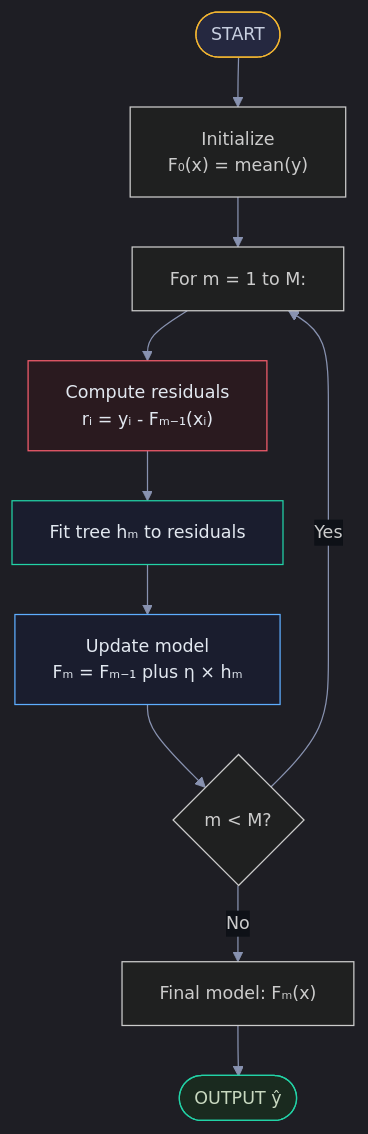
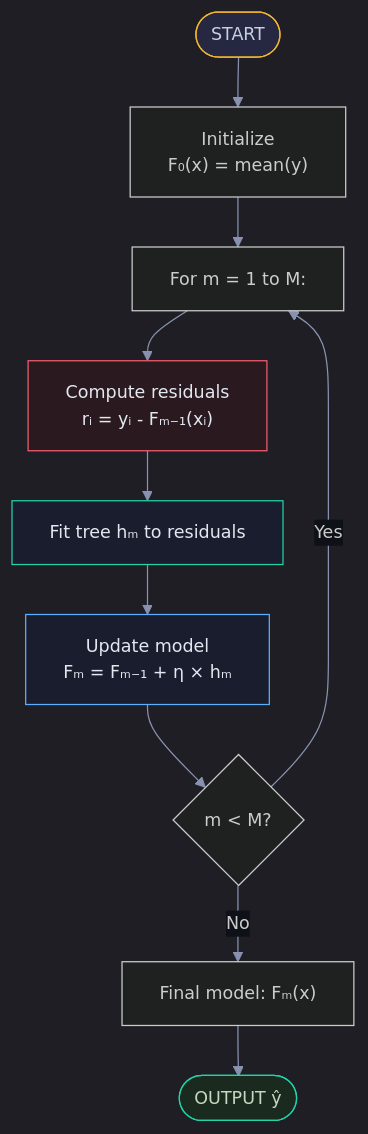
Diagram 26 of 28 in Documents/Visual_Guides/ML_Concepts/Bagging_and_Boosting_Visual.md (snehith1234/StudyCircle), drawn with Mermaid before and after one commit. The commit also changed other lines of this file and 10 other files, not shown here.

First line of the commit message:
Fix Mermaid formatting and add RNN/LSTM guides

````diff
--- a/Documents/Visual_Guides/ML_Concepts/Bagging_and_Boosting_Visual.md
+++ b/Documents/Visual_Guides/ML_Concepts/Bagging_and_Boosting_Visual.md
@@ -800,19 +800,19 @@
 ```mermaid
 %%{init: {'theme': 'dark', 'themeVariables': {'darkMode': true, 'background': '#0e1117', 'primaryColor': '#1a1d2e', 'primaryTextColor': '#e2e8f0', 'primaryBorderColor': '#2d3148', 'lineColor': '#8892b0', 'secondaryColor': '#252840', 'tertiaryColor': '#1a1d2e', 'fontSize': '14px', 'edgeLabelBackground': '#0e1117'}, 'flowchart': {'nodeSpacing': 30, 'rankSpacing': 40, 'padding': 15, 'htmlLabels': true}}}%%
 flowchart TD
     START(["START"]) --> INIT["Initialize<br/>F₀(x) = mean(y)"]
     INIT --> LOOP["For m = 1 to M:"]
     LOOP --> RESID["Compute residuals<br/>rᵢ = yᵢ - Fₘ₋₁(xᵢ)"]
     RESID --> FIT["Fit tree hₘ to residuals"]
-    FIT --> UPDATE["Update model<br/>Fₘ = Fₘ₋₁ plus η × hₘ"]
+    FIT --> UPDATE["Update model<br/>Fₘ = Fₘ₋₁ + η × hₘ"]
     UPDATE --> CHECK{"m < M?"}
     CHECK -->|Yes| LOOP
     CHECK -->|No| FINAL["Final model: Fₘ(x)"]
     FINAL --> DONE(["OUTPUT ŷ"])
 
     style START fill:#252840,stroke:#f5b731,color:#c8cfe0
     style DONE fill:#1a2a1f,stroke:#22d3a7,color:#c8d8c0
     style RESID fill:#2a1a1f,stroke:#f45d6d,color:#e2e8f0
     style FIT fill:#1a1d2e,stroke:#22d3a7,color:#e2e8f0
     style UPDATE fill:#1a1d2e,stroke:#5eaeff,color:#e2e8f0
 ```
````
